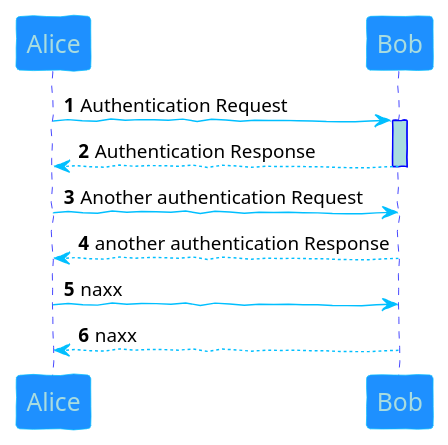
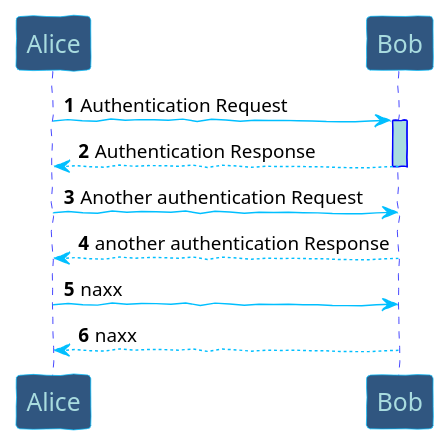
Before and after one commit to blackstar-baba/how-2-use-thingsboard: the diagram in file/uml/demo.puml, drawn with PlantUML. The commit also changed 21 other files, not shown here.

```diff
--- a/file/uml/demo.puml
+++ b/file/uml/demo.puml
@@ -1,40 +1,40 @@
 @startuml
 'https://plantuml.com/sequence-diagram
 
 skinparam handwritten true
 
 skinparam sequence {
 ArrowColor DeepSkyBlue
 ActorBorderColor DeepSkyBlue
 LifeLineBorderColor blue
 LifeLineBackgroundColor #A9DCDF
 
 ParticipantBorderColor DeepSkyBlue
-ParticipantBackgroundColor DodgerBlue
+ParticipantBackgroundColor #305680
 ParticipantFontName Impact
 ParticipantFontSize 17
 ParticipantFontColor #A9DCDF
 
 ActorBackgroundColor aqua
 ActorFontColor DeepSkyBlue
 ActorFontSize 17
 ActorFontName Aapex
 }
 
 autonumber
 
 Alice -> Bob: Authentication Request
 activate Bob
 Bob --> Alice: Authentication Response
 deactivate Bob
 Alice -> Bob: Another authentication Request
 Alice <-- Bob: another authentication Response
 
 Alice -> Bob: naxx
 Alice <-- Bob: naxx
 
 
 
 
 
 @enduml
```
